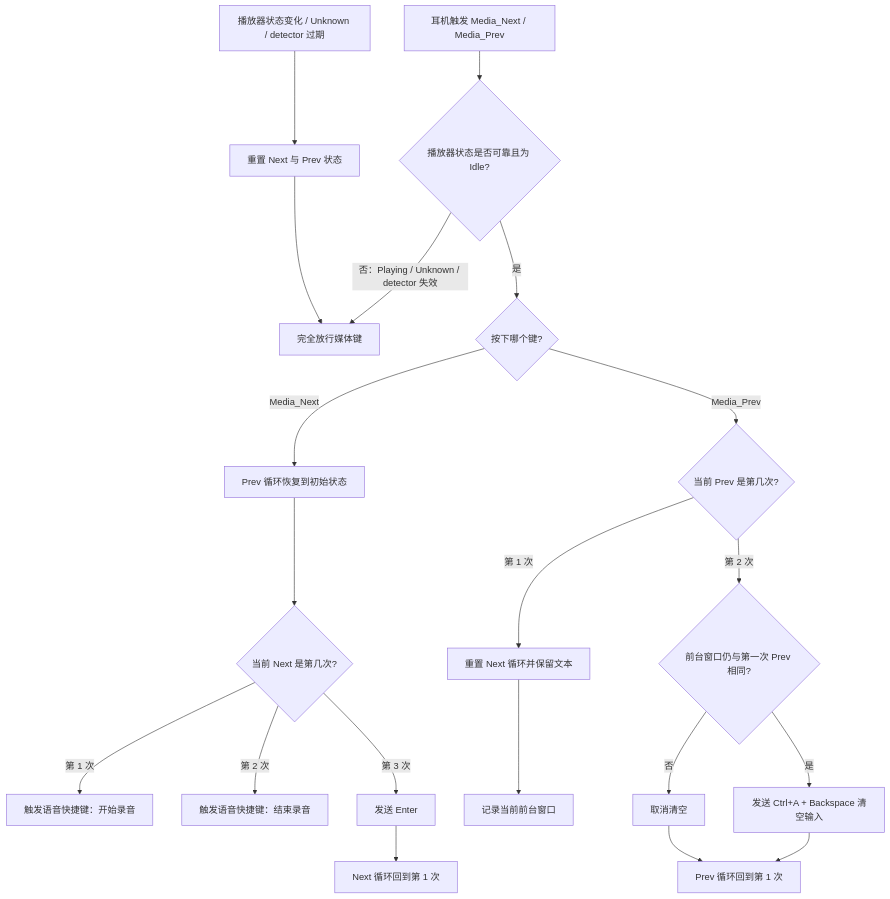
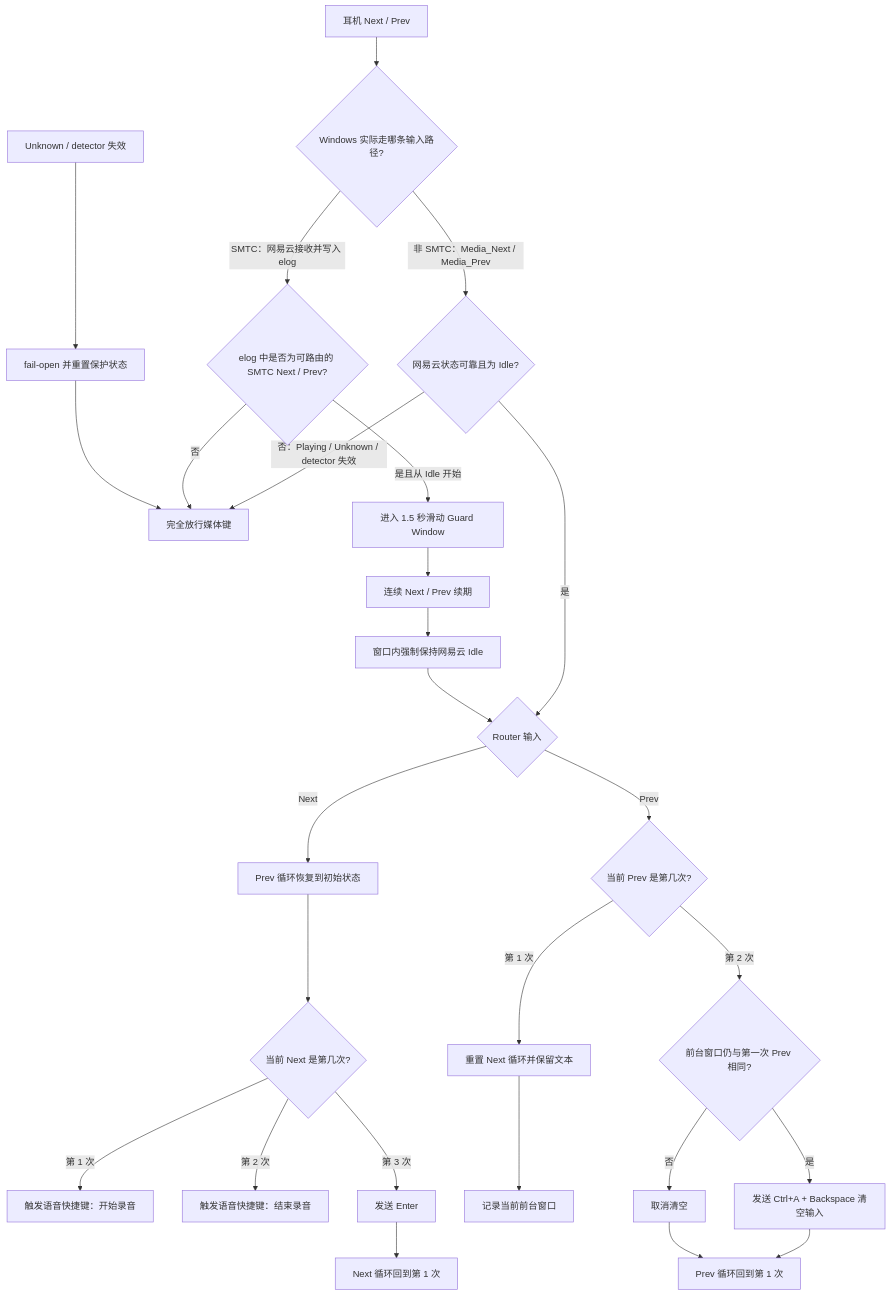
The diagram in README.md (qy4747/tws-media-router), drawn with Mermaid before and after one commit. The commit also changed other lines of this file, not shown here.

Commit message:
Document NetEase-first SMTC compatibility

````diff
--- a/README.md
+++ b/README.md
@@ -23,26 +45,35 @@
 ```mermaid
 flowchart TD
-    A[耳机触发 Media_Next / Media_Prev] --> B{播放器状态是否可靠且为 Idle?}
+    A[耳机 Next / Prev] --> M{Windows 实际走哪条输入路径?}
+
+    M -- 非 SMTC：Media_Next / Media_Prev --> B{网易云状态可靠且为 Idle?}
+    M -- SMTC：网易云接收并写入 elog --> S{elog 中是否为可路由的 SMTC Next / Prev?}
 
     B -- 否：Playing / Unknown / detector 失效 --> C[完全放行媒体键]
-    B -- 是 --> D{按下哪个键?}
+    B -- 是 --> D{Router 输入}
 
-    D -- Media_Next --> N1[Prev 循环恢复到初始状态]
+    S -- 否 --> C
+    S -- 是且从 Idle 开始 --> G[进入 1.5 秒滑动 Guard Window]
+    G --> H[连续 Next / Prev 续期]
+    H --> I[窗口内强制保持网易云 Idle]
+    I --> D
+
+    D -- Next --> N1[Prev 循环恢复到初始状态]
     N1 --> N2{当前 Next 是第几次?}
     N2 -- 第 1 次 --> N3[触发语音快捷键：开始录音]
     N2 -- 第 2 次 --> N4[触发语音快捷键：结束录音]
     N2 -- 第 3 次 --> N5[发送 Enter]
     N5 --> N6[Next 循环回到第 1 次]
 
-    D -- Media_Prev --> P1{当前 Prev 是第几次?}
+    D -- Prev --> P1{当前 Prev 是第几次?}
     P1 -- 第 1 次 --> P2[重置 Next 循环并保留文本]
     P2 --> P3[记录当前前台窗口]
     P1 -- 第 2 次 --> P4{前台窗口仍与第一次 Prev 相同?}
     P4 -- 是 --> P5[发送 Ctrl+A + Backspace 清空输入]
     P4 -- 否 --> P6[取消清空]
     P5 --> P7[Prev 循环回到第 1 次]
     P6 --> P7
 
-    E[播放器状态变化 / Unknown / detector 过期] --> F[重置 Next 与 Prev 状态]
+    E[Unknown / detector 失效] --> F[fail-open 并重置保护状态]
     F --> C
 ```
````
